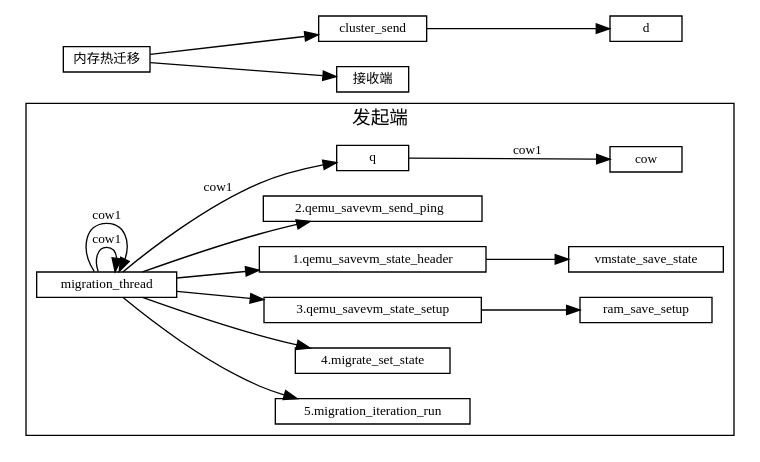
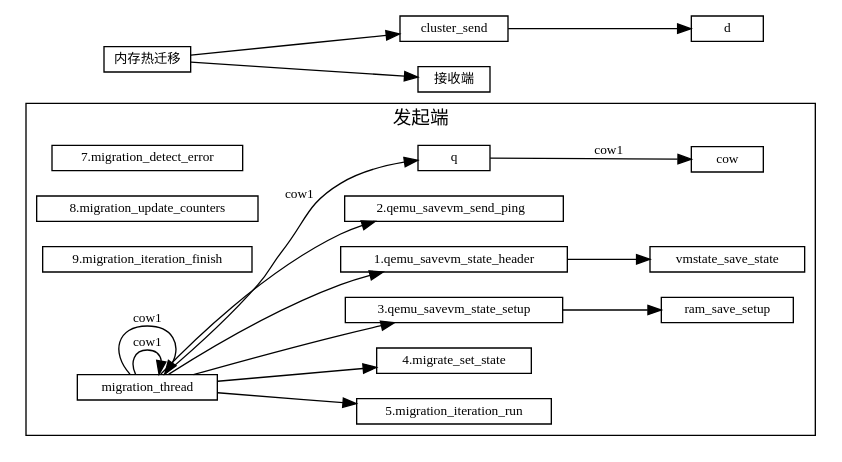
The diagram in 虚拟化/热迁移/1-内存热迁移.md (sisyphus1212/note), drawn with Graphviz before and after one commit.

Commit message:
auto_update

````diff
--- a/虚拟化/热迁移/1-内存热迁移.md
+++ b/虚拟化/热迁移/1-内存热迁移.md
@@ -11,38 +11,42 @@
 ```graphviz
 digraph {
 fontname="Helvetica,Arial,sans-serif"
 //node [fontname="Helvetica,Arial,sans-serif"]
 //edge [fontname="Helvetica,Arial,sans-serif"]
 rankdir="LR"
 node [fontsize=10, shape=record, height=0.25]
 edge [fontsize=10]
 
   subgraph send {
     cluster=true;
     label="发起端";
     migration_iteration_run[label="5.migration_iteration_run"];
     migrate_set_state[label="4.migrate_set_state"];
     qemu_savevm_state_setup[label="3.qemu_savevm_state_setup"]
+
+migration_detect_error[label="7.migration_detect_error"]
+migration_update_counters[label="8.migration_update_counters"]
+migration_iteration_finish[label="9.migration_iteration_finish"]
 
     migration_thread -> "1.qemu_savevm_state_header"
                      -> vmstate_save_state;
     migration_thread -> "2.qemu_savevm_send_ping  ";
     migration_thread -> qemu_savevm_state_setup
                      -> ram_save_setup;
     migration_thread -> migrate_set_state;
     migration_thread -> migration_iteration_run;
 
     migration_thread ->
     migration_thread ->
     migration_thread ->
 
     q -> cow[label="cow1"];
   }
 
 内存热迁移 [label="内存热迁移"]
 内存热迁移 -> cluster_send
            -> d
 
 内存热迁移 -> 接收端
 }
 ```
````
